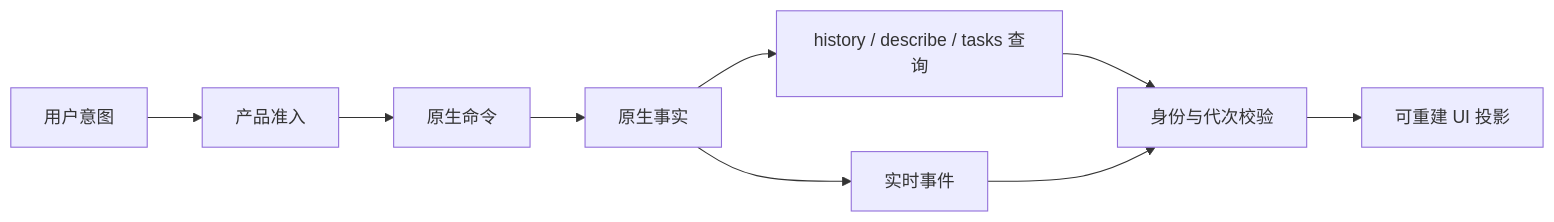
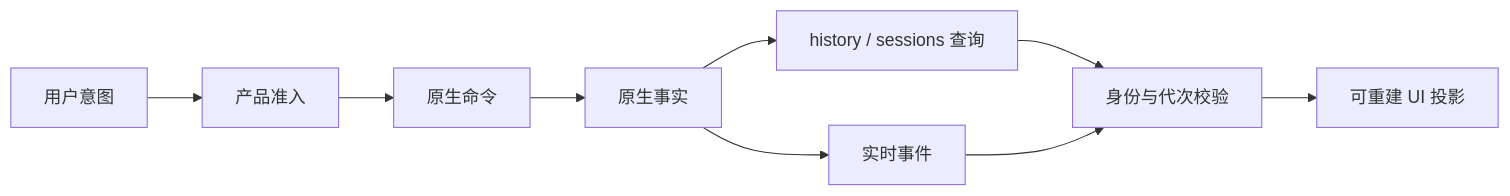
One commit to liangxhao/JustDo changed the diagram in docs/architecture/13-pure-frontend-design.md. Above: the diagram before and after it, drawn with Mermaid. The commit also changed other lines of this file and 31 other files, not shown here.

````diff
--- a/docs/architecture/13-pure-frontend-design.md
+++ b/docs/architecture/13-pure-frontend-design.md
@@ -21,11 +21,11 @@
 ```mermaid
 flowchart LR
   Intent[用户意图] --> Admission[产品准入]
   Admission --> Command[原生命令]
   Command --> Native[原生事实]
-  Native --> Query[history / describe / tasks 查询]
+  Native --> Query[history / sessions 查询]
   Native --> Event[实时事件]
   Query --> Reconcile[身份与代次校验]
   Event --> Reconcile
   Reconcile --> View[可重建 UI 投影]
 ```
````
